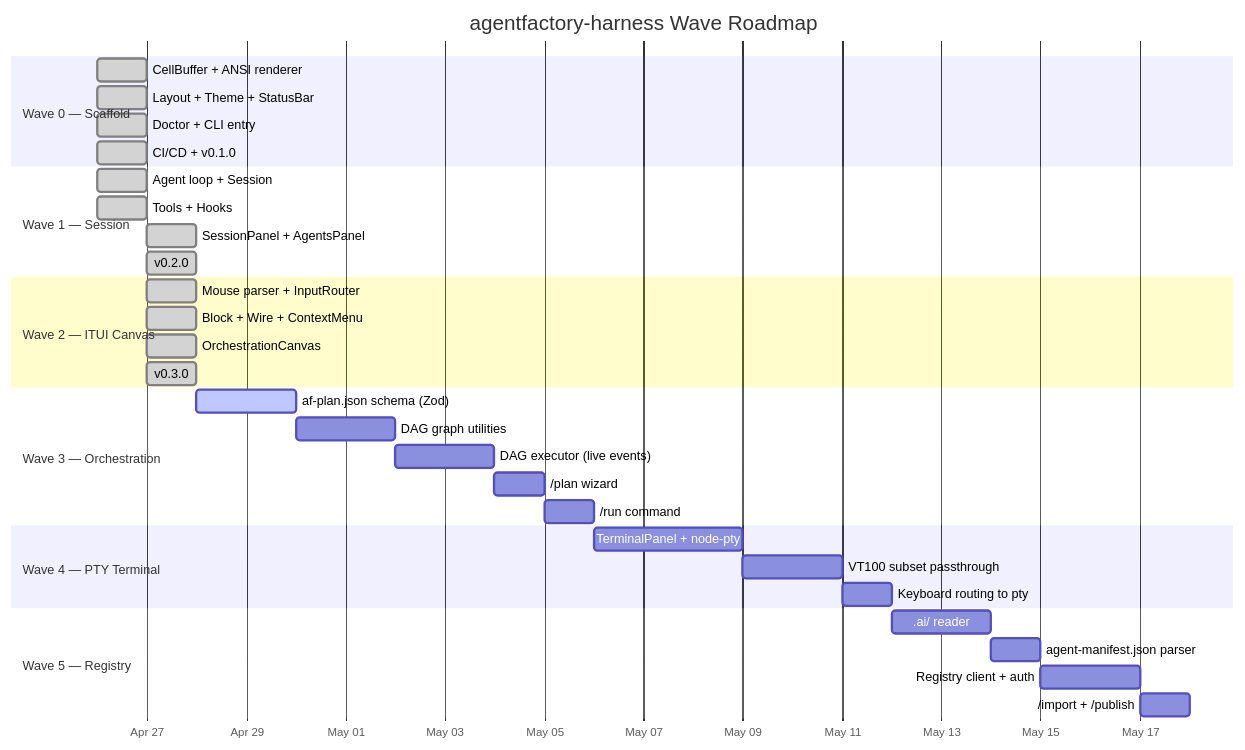
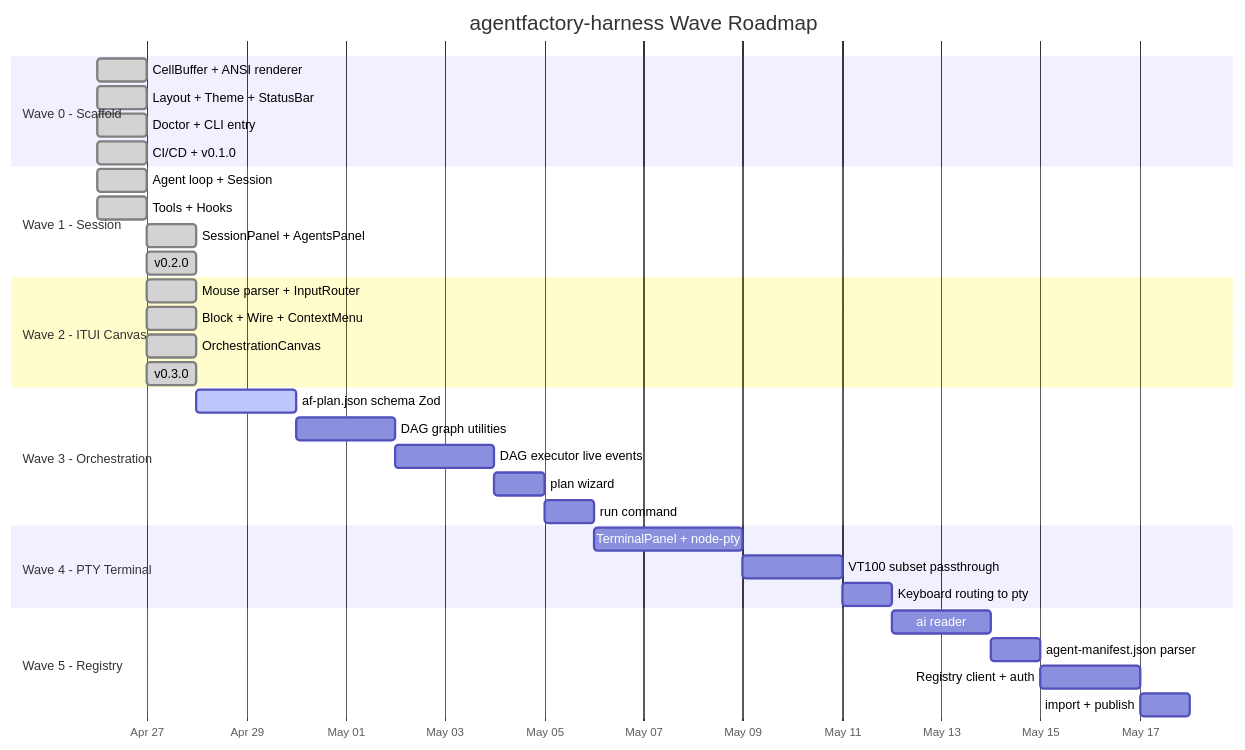
The seventh of 7 diagrams in docs/REVIEW-SECURITY-ARCHITECTURE.md (matheusmlopess/agentfactory-harness), drawn with Mermaid before and after one commit. The commit also changed other lines of this file, not shown here.

First line of the commit message:
fix: repair all Mermaid parse errors in security review doc

````diff
--- a/docs/REVIEW-SECURITY-ARCHITECTURE.md
+++ b/docs/REVIEW-SECURITY-ARCHITECTURE.md
@@ -391,42 +387,42 @@
 ```mermaid
 gantt
   title agentfactory-harness Wave Roadmap
   dateFormat YYYY-MM-DD
   axisFormat %b %d
 
-  section Wave 0 — Scaffold
+  section Wave 0 - Scaffold
   CellBuffer + ANSI renderer :done, w0a, 2026-04-26, 1d
   Layout + Theme + StatusBar  :done, w0b, 2026-04-26, 1d
   Doctor + CLI entry          :done, w0c, 2026-04-26, 1d
   CI/CD + v0.1.0              :done, w0d, 2026-04-26, 1d
 
-  section Wave 1 — Session
+  section Wave 1 - Session
   Agent loop + Session        :done, w1a, 2026-04-26, 1d
   Tools + Hooks               :done, w1b, 2026-04-26, 1d
   SessionPanel + AgentsPanel  :done, w1c, 2026-04-27, 1d
   v0.2.0                      :done, w1d, 2026-04-27, 1d
 
-  section Wave 2 — ITUI Canvas
+  section Wave 2 - ITUI Canvas
   Mouse parser + InputRouter  :done, w2a, 2026-04-27, 1d
   Block + Wire + ContextMenu  :done, w2b, 2026-04-27, 1d
   OrchestrationCanvas         :done, w2c, 2026-04-27, 1d
   v0.3.0                      :done, w2d, 2026-04-27, 1d
 
-  section Wave 3 — Orchestration
-  af-plan.json schema (Zod)   :active, w3a, 2026-04-28, 2d
+  section Wave 3 - Orchestration
+  af-plan.json schema Zod     :active, w3a, 2026-04-28, 2d
   DAG graph utilities         :w3b, after w3a, 2d
-  DAG executor (live events)  :w3c, after w3b, 2d
-  /plan wizard                :w3d, after w3c, 1d
-  /run command                :w3e, after w3d, 1d
+  DAG executor live events    :w3c, after w3b, 2d
+  plan wizard                 :w3d, after w3c, 1d
+  run command                 :w3e, after w3d, 1d
 
-  section Wave 4 — PTY Terminal
+  section Wave 4 - PTY Terminal
   TerminalPanel + node-pty    :w4a, after w3e, 3d
   VT100 subset passthrough    :w4b, after w4a, 2d
   Keyboard routing to pty     :w4c, after w4b, 1d
 
-  section Wave 5 — Registry
-  .ai/ reader                 :w5a, after w4c, 2d
+  section Wave 5 - Registry
+  ai reader                   :w5a, after w4c, 2d
   agent-manifest.json parser  :w5b, after w5a, 1d
   Registry client + auth      :w5c, after w5b, 2d
-  /import + /publish          :w5d, after w5c, 1d
+  import + publish            :w5d, after w5c, 1d
 ```
````
